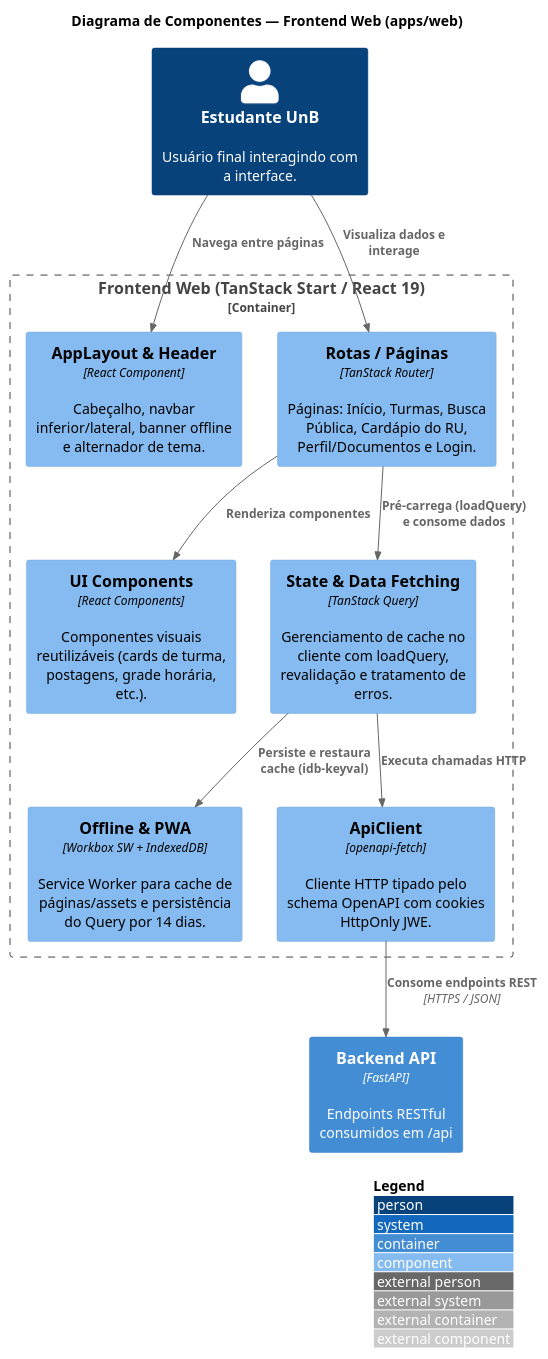
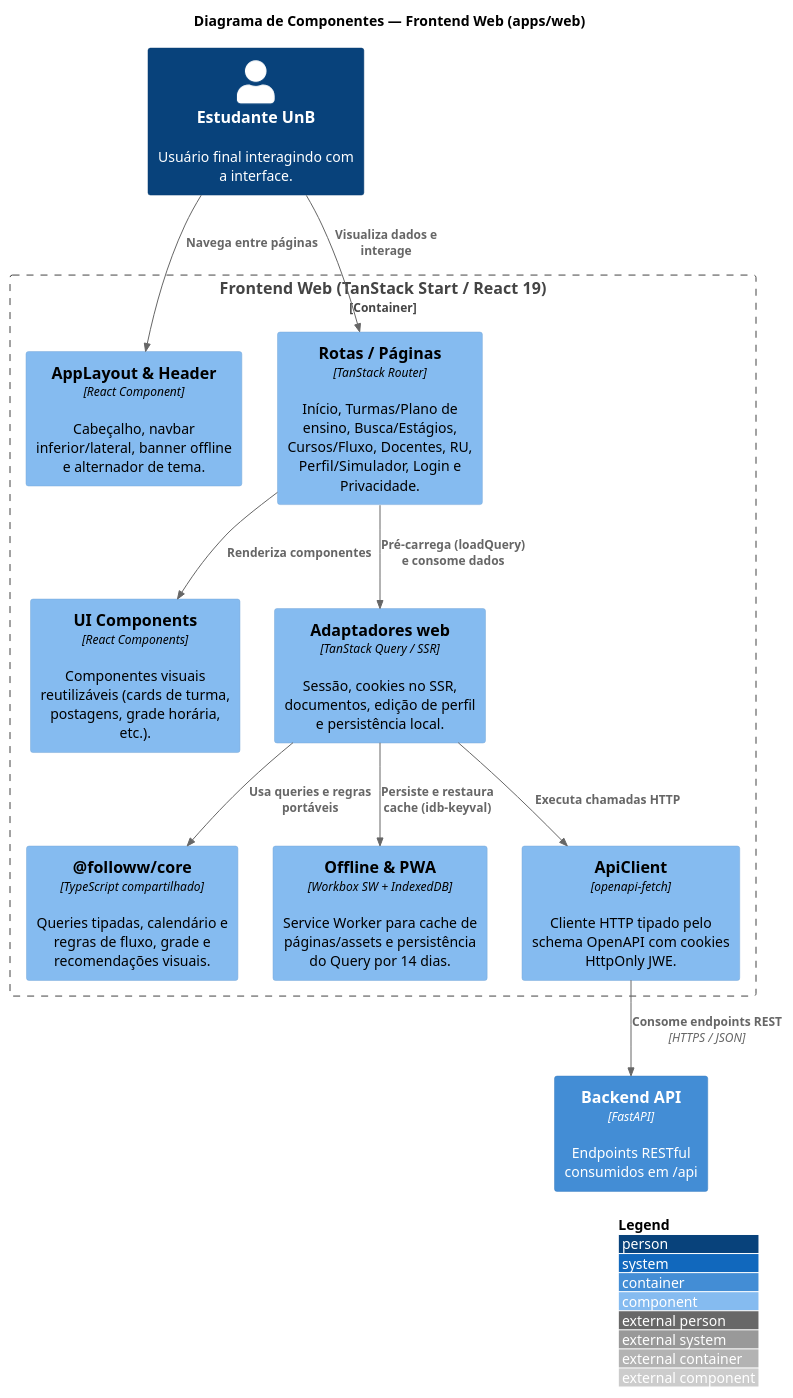
Before and after one commit to unb-mds/2026-2-Followw: the diagram in docs/diagrams/components_frontend.puml, drawn with PlantUML. The commit also changed 117 other files, not shown here.

```diff
--- a/docs/diagrams/components_frontend.puml
+++ b/docs/diagrams/components_frontend.puml
@@ -1,29 +1,31 @@
 @startuml components_frontend
 !include https://raw.githubusercontent.com/plantuml-stdlib/C4-PlantUML/master/C4_Component.puml
 
 LAYOUT_WITH_LEGEND()
 
 title Diagrama de Componentes — Frontend Web (apps/web)
 
 Person(estudante, "Estudante UnB", "Usuário final interagindo com a interface.")
 
 Container_Boundary(web_boundary, "Frontend Web (TanStack Start / React 19)") {
     Component(navigation, "AppLayout & Header", "React Component", "Cabeçalho, navbar inferior/lateral, banner offline e alternador de tema.")
-    Component(pages, "Rotas / Páginas", "TanStack Router", "Páginas: Início, Turmas, Busca Pública, Cardápio do RU, Perfil/Documentos e Login.")
+    Component(pages, "Rotas / Páginas", "TanStack Router", "Início, Turmas/Plano de ensino, Busca/Estágios, Cursos/Fluxo, Docentes, RU, Perfil/Simulador, Login e Privacidade.")
     Component(ui, "UI Components", "React Components", "Componentes visuais reutilizáveis (cards de turma, postagens, grade horária, etc.).")
-    Component(queries, "State & Data Fetching", "TanStack Query", "Gerenciamento de cache no cliente com loadQuery, revalidação e tratamento de erros.")
+    Component(core, "@followw/core", "TypeScript compartilhado", "Queries tipadas, calendário e regras de fluxo, grade e recomendações visuais.")
+    Component(queries, "Adaptadores web", "TanStack Query / SSR", "Sessão, cookies no SSR, documentos, edição de perfil e persistência local.")
     Component(offline, "Offline & PWA", "Workbox SW + IndexedDB", "Service Worker para cache de páginas/assets e persistência do Query por 14 dias.")
     Component(client, "ApiClient", "openapi-fetch", "Cliente HTTP tipado pelo schema OpenAPI com cookies HttpOnly JWE.")
 }
 
 Container(api, "Backend API", "FastAPI", "Endpoints RESTful consumidos em /api")
 
 Rel(estudante, navigation, "Navega entre páginas")
 Rel(estudante, pages, "Visualiza dados e interage")
 Rel(pages, ui, "Renderiza componentes")
 Rel(pages, queries, "Pré-carrega (loadQuery) e consome dados")
+Rel(queries, core, "Usa queries e regras portáveis")
 Rel(queries, offline, "Persiste e restaura cache (idb-keyval)")
 Rel(queries, client, "Executa chamadas HTTP")
 Rel(client, api, "Consome endpoints REST", "HTTPS / JSON")
 
 @enduml
```
